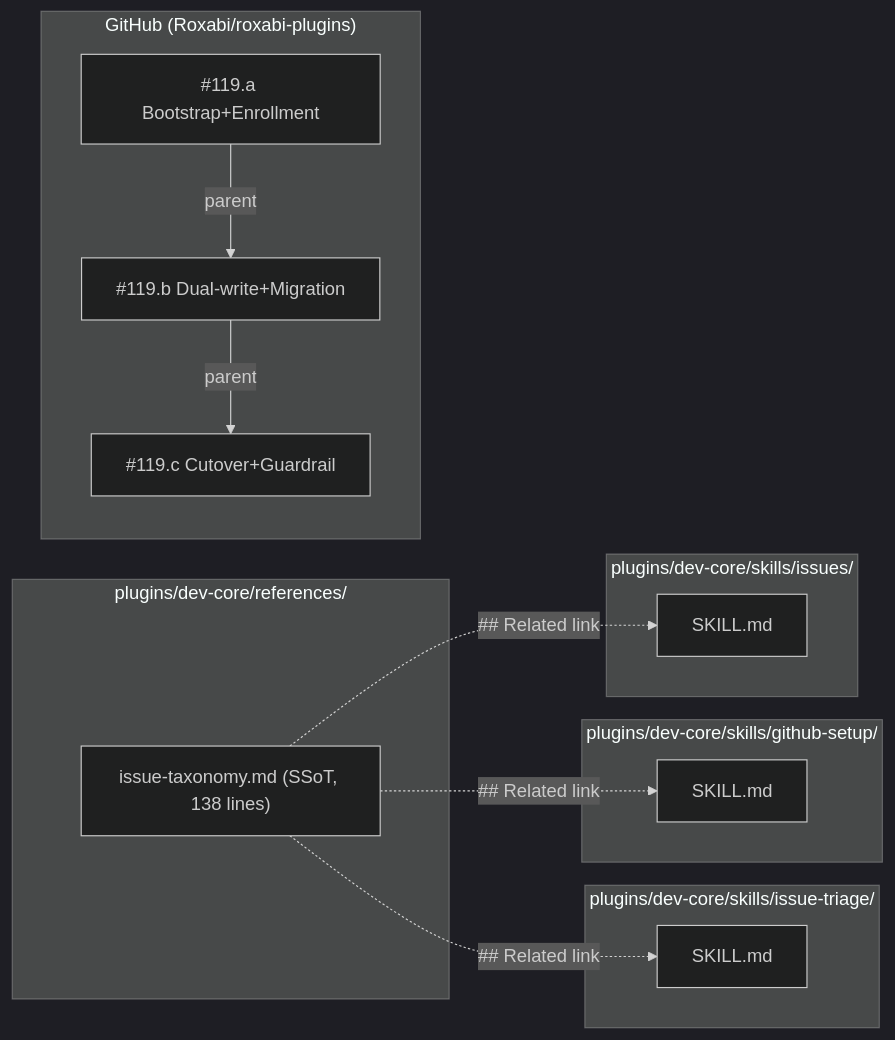
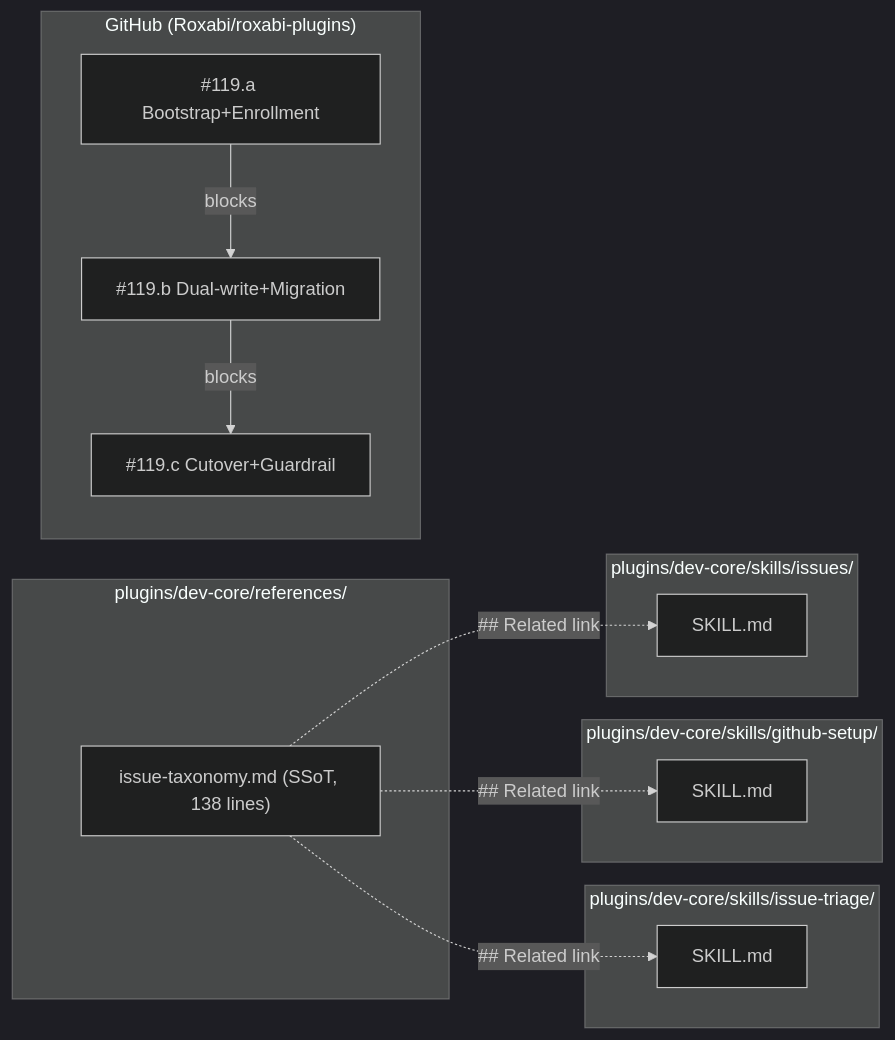
The second of 2 diagrams in artifacts/plans/119-issue-taxonomy-migration-plan.mdx (Roxabi/roxabi-plugins), drawn with Mermaid (dark theme) before and after one commit. The commit also changed other lines of this file and 4 other files, not shown here.

````diff
--- a/artifacts/plans/119-issue-taxonomy-migration-plan.mdx
+++ b/artifacts/plans/119-issue-taxonomy-migration-plan.mdx
@@ -46,30 +46,30 @@
 ```mermaid
 flowchart LR
     subgraph "plugins/dev-core/references/"
         REF["issue-taxonomy.md (SSoT, 138 lines)"]
     end
 
     subgraph "plugins/dev-core/skills/issue-triage/"
         ITMD["SKILL.md"]
     end
 
     subgraph "plugins/dev-core/skills/github-setup/"
         GSMD["SKILL.md"]
     end
 
     subgraph "plugins/dev-core/skills/issues/"
         ISMD["SKILL.md"]
     end
 
     subgraph "GitHub (Roxabi/roxabi-plugins)"
         CHILD_A["#119.a Bootstrap+Enrollment"]
         CHILD_B["#119.b Dual-write+Migration"]
         CHILD_C["#119.c Cutover+Guardrail"]
     end
 
     REF -.->|"## Related link"| ITMD
     REF -.->|"## Related link"| GSMD
     REF -.->|"## Related link"| ISMD
-    CHILD_A -->|"parent"| CHILD_B
-    CHILD_B -->|"parent"| CHILD_C
+    CHILD_A -->|"blocks"| CHILD_B
+    CHILD_B -->|"blocks"| CHILD_C
 ```
````
